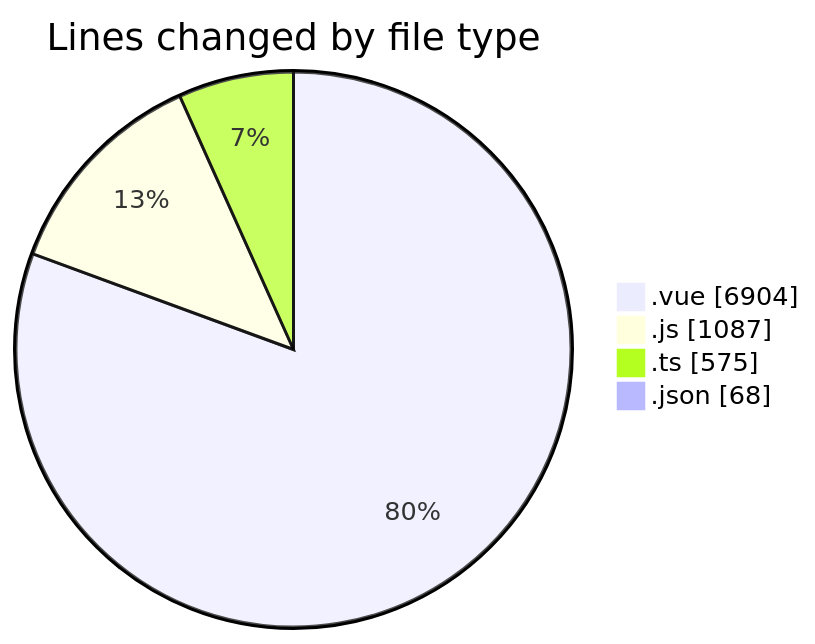
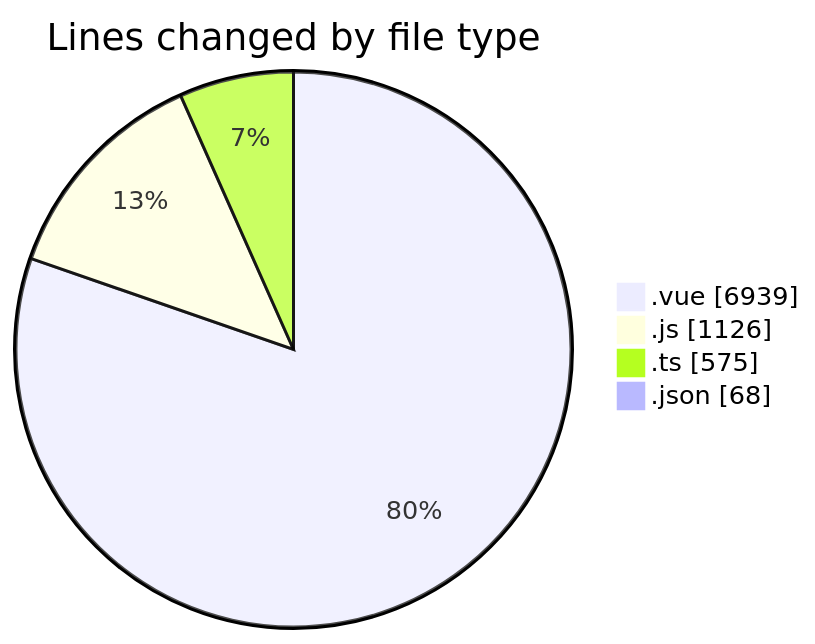
Before and after one commit to lephambinh05/code-tracking: the first of 2 diagrams in 2025-08-12/rentotp/README.md, drawn with Mermaid. The commit also changed other lines of this file and 1 other file, not shown here.

````diff
--- a/2025-08-12/rentotp/README.md
+++ b/2025-08-12/rentotp/README.md
@@ -43,8 +43,8 @@
 ```mermaid
 pie showData
 title Lines changed by file type
-".vue" : 6904
-".js" : 1087
+".vue" : 6939
+".js" : 1126
 ".ts" : 575
 ".json" : 68
 ```
````
